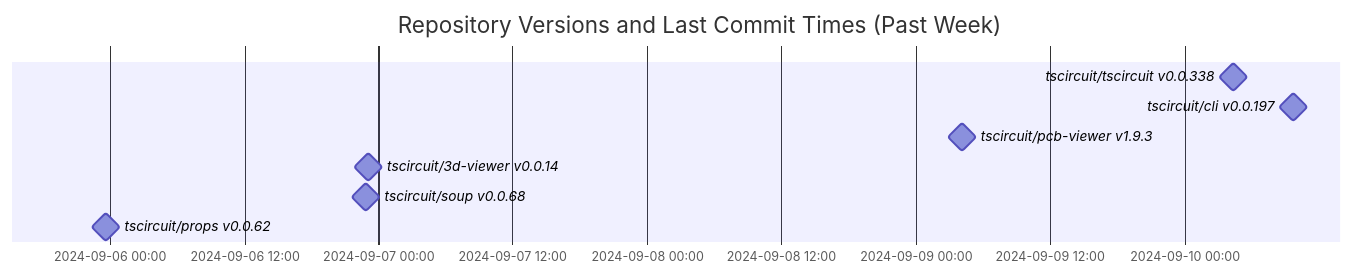
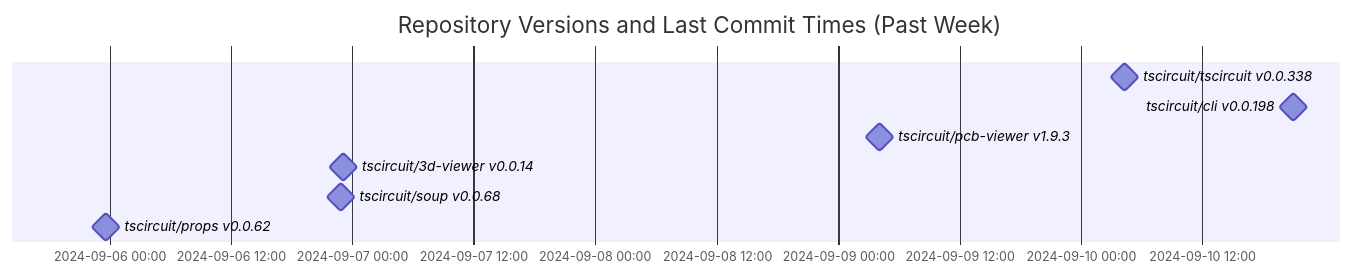
Before and after one commit to tscircuit/version-tracker: the diagram in README.md, drawn with Mermaid.

Commit message:
Update chart

````diff
--- a/README.md
+++ b/README.md
@@ -1,13 +1,13 @@
 ```mermaid
 gantt
   dateFormat  YYYY-MM-DD HH:mm:ss
   title Repository Versions and Last Commit Times (Past Week)
   axisFormat %Y-%m-%d %H:%M
 
   tscircuit/tscircuit v0.0.338 : milestone, 2024-09-10 04:23:10, 1s
-  tscircuit/cli v0.0.197 : milestone, 2024-09-10 09:46:19, 1s
+  tscircuit/cli v0.0.198 : milestone, 2024-09-10 21:00:17, 1s
   tscircuit/pcb-viewer v1.9.3 : milestone, 2024-09-09 04:08:34, 1s
   tscircuit/3d-viewer v0.0.14 : milestone, 2024-09-06 23:07:26, 1s
   tscircuit/soup v0.0.68 : milestone, 2024-09-06 22:51:33, 1s
   tscircuit/props v0.0.62 : milestone, 2024-09-05 23:38:33, 1s
 ```
````
